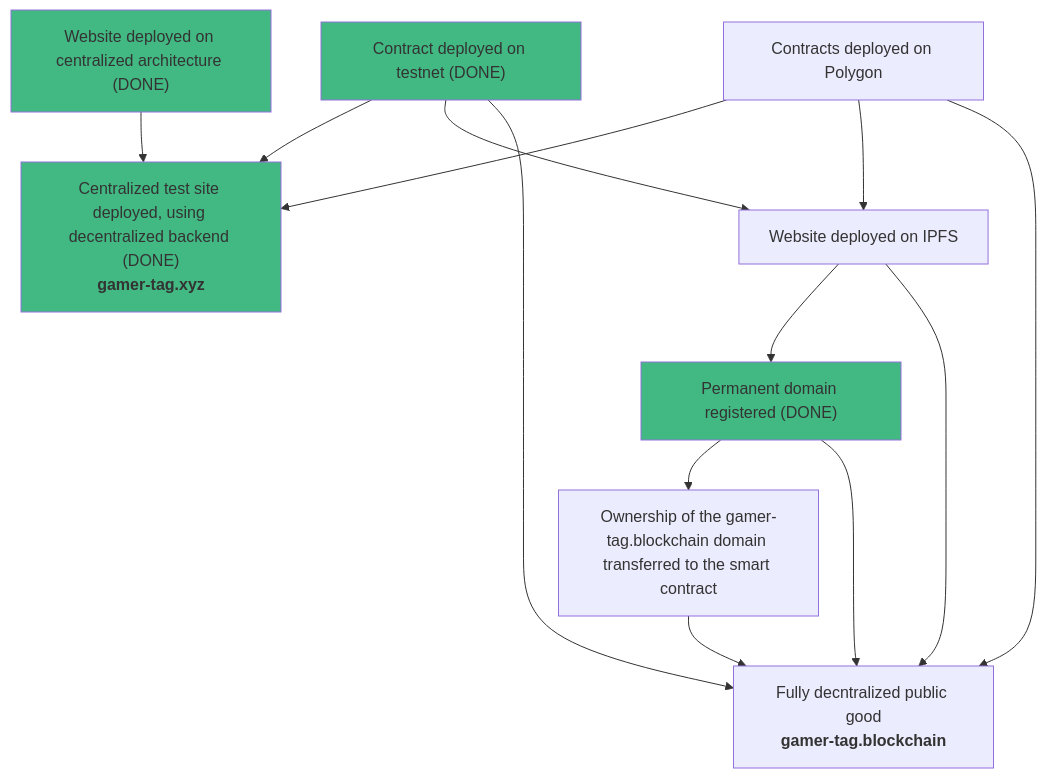
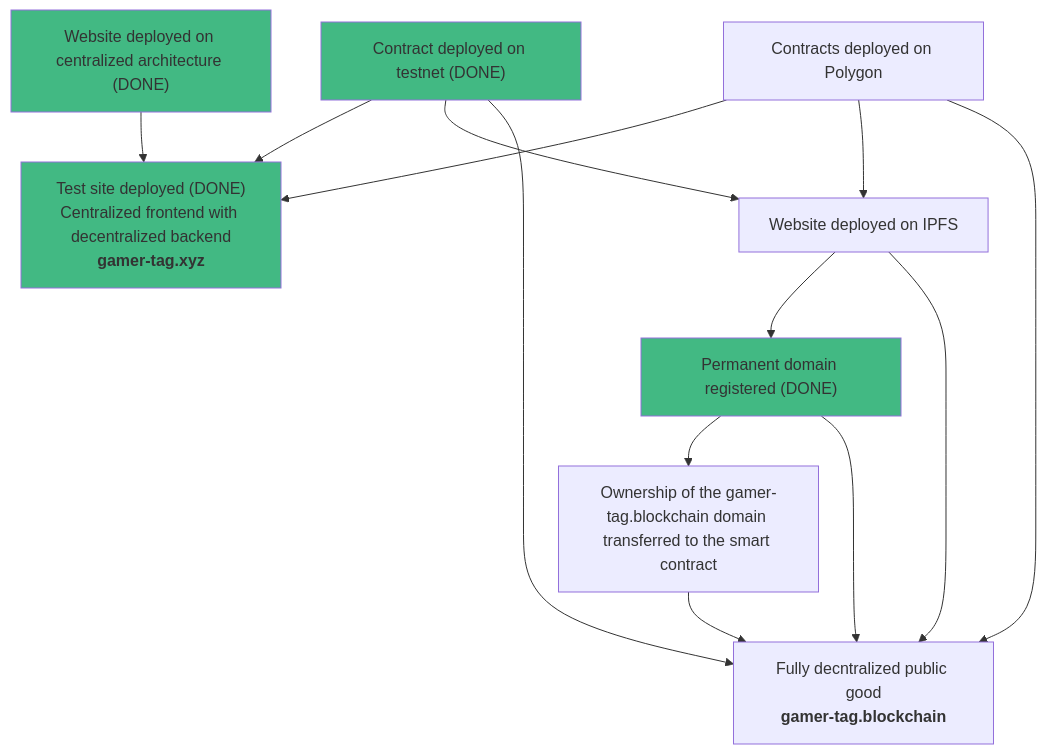
Before and after one commit to TerryJHarrison/gamer-tag: the diagram in README.md, drawn with Mermaid.

````diff
--- a/README.md
+++ b/README.md
@@ -9,30 +9,30 @@
 ```mermaid
 flowchart TD
 	testContract["Contract deployed on testnet (DONE)"]
 	centralizedWeb["Website deployed on centralized architecture (DONE)"]
-	centralizedTestSite["Centralized test site deployed, using decentralized backend (DONE)<br/><b>gamer-tag.xyz</b>"]
+	centralizedTestSite["Test site deployed (DONE)<br/>Centralized frontend with decentralized backend<br/><b>gamer-tag.xyz</b>"]
 	contract["Contracts deployed on Polygon"]
 	decentralizedWeb["Website deployed on IPFS"]
 	permanentDomain["Permanent domain registered (DONE)"]
 	noDomainOwner["Ownership of the gamer-tag.blockchain domain transferred to the smart contract"]
 	decentralizedApplication["Fully decntralized public good<br/><b>gamer-tag.blockchain</b>"]
 	
 	testContract --> centralizedTestSite
 	contract --> centralizedTestSite
 	centralizedWeb --> centralizedTestSite
 	
 	testContract --> decentralizedWeb
 	contract --> decentralizedWeb
 	decentralizedWeb --> permanentDomain --> noDomainOwner
 	
 	testContract --> decentralizedApplication
 	contract --> decentralizedApplication
 	decentralizedWeb --> decentralizedApplication
 	permanentDomain --> decentralizedApplication
 	noDomainOwner --> decentralizedApplication
 	
 	style testContract fill:#42b983
 	style centralizedWeb fill:#42b983
 	style centralizedTestSite fill:#42b983
 	style permanentDomain fill:#42b983
 ```
````
